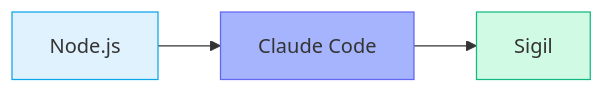
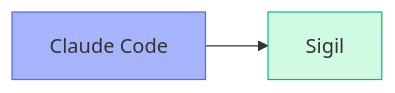
Before and after one commit to araserel/sigil-os: the diagram in README.md, drawn with Mermaid. The commit also changed other lines of this file and 21 other files, not shown here.

````diff
--- a/README.md
+++ b/README.md
@@ -17,8 +17,7 @@
 ```mermaid
 flowchart LR
-    A[Node.js] --> B[Claude Code] --> C[Sigil]
+    A[Claude Code] --> B[Sigil]
 
-    style A fill:#e0f2fe,stroke:#0ea5e9
-    style B fill:#a5b4fc,stroke:#6366f1
-    style C fill:#d1fae5,stroke:#10b981
+    style A fill:#a5b4fc,stroke:#6366f1
+    style B fill:#d1fae5,stroke:#10b981
 ```
````
